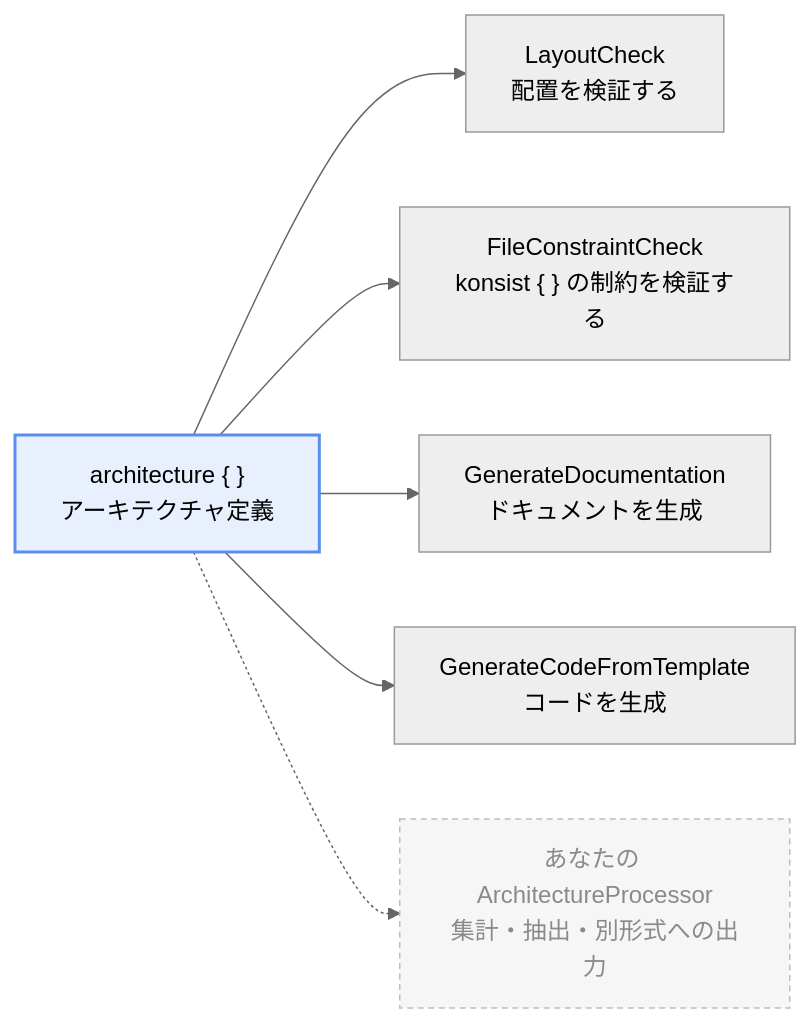
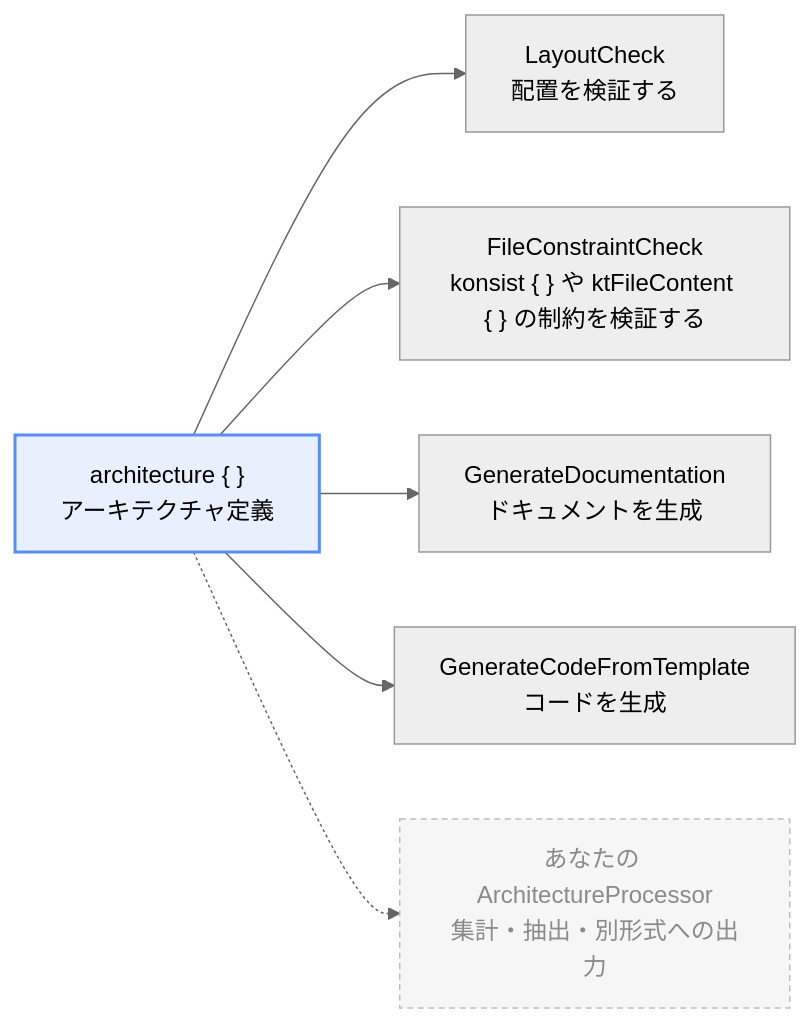
The diagram in docs/src/content/docs/ja/guides/processor.mdx (TBSten/katachi), drawn with Mermaid (neutral theme) before and after one commit. The commit also changed other lines of this file and 41 other files, not shown here.

````diff
--- a/docs/src/content/docs/ja/guides/processor.mdx
+++ b/docs/src/content/docs/ja/guides/processor.mdx
@@ -44,12 +50,12 @@
 ```mermaid
 flowchart LR
     D["architecture { }<br/>アーキテクチャ定義"]
     D --> Layout["LayoutCheck<br/>配置を検証する"]
-    D --> Konsist["FileConstraintCheck<br/>konsist { } の制約を検証する"]
+    D --> Konsist["FileConstraintCheck<br/>konsist { } や ktFileContent { } の制約を検証する"]
     D --> Doc["GenerateDocumentation<br/>ドキュメントを生成"]
     D --> Template["GenerateCodeFromTemplate<br/>コードを生成"]
     D -.-> Custom["あなたの ArchitectureProcessor<br/>集計・抽出・別形式への出力"]
 
     style D fill:#5B8DEF22,stroke:#5B8DEF,stroke-width:2px
     style Custom fill:#BDBDBD22,stroke:#BDBDBD,stroke-dasharray:4 3,color:#8A8A8A
 ```
````
